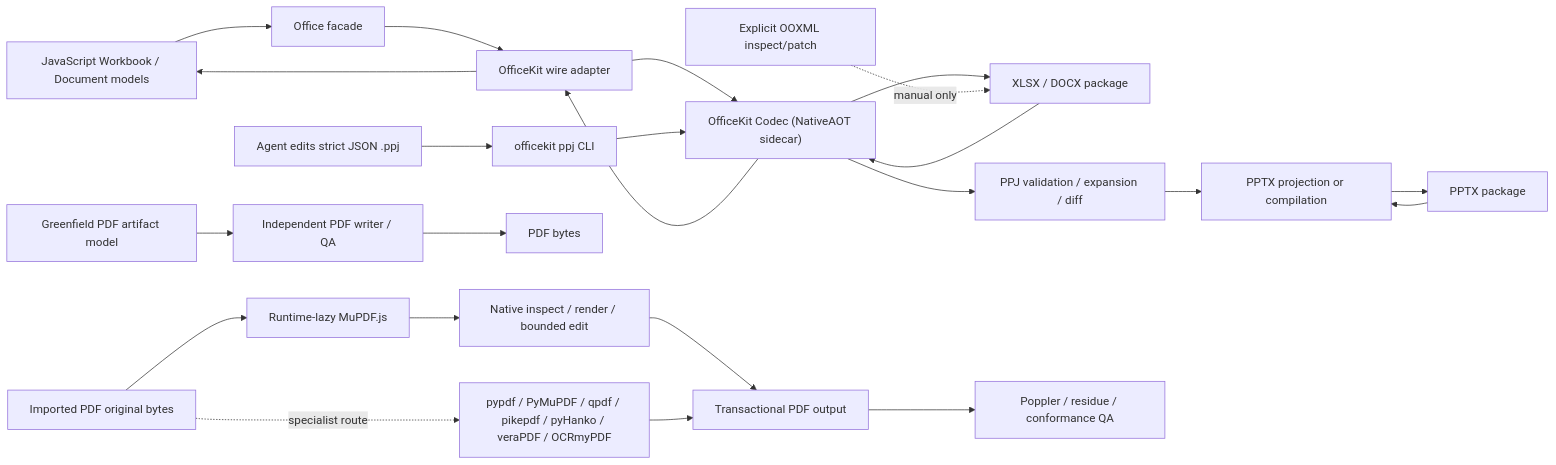
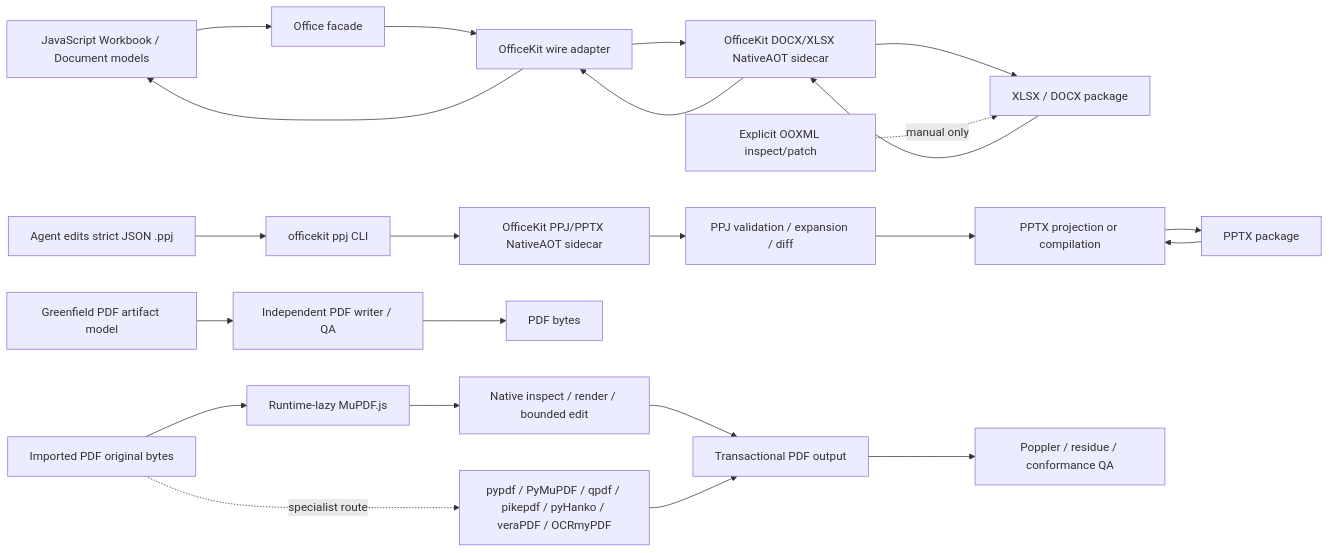
One commit to w31r4/OfficeKit changed the diagram in docs/reference-runtime-architecture.md. Above: the diagram before and after it, drawn with Mermaid. The commit also changed other lines of this file and 34 other files, not shown here.

Commit message:
refactor(native): split Office codec assemblies

````diff
--- a/docs/reference-runtime-architecture.md
+++ b/docs/reference-runtime-architecture.md
@@ -10,28 +10,28 @@
 ```mermaid
 flowchart LR
   A["JavaScript Workbook / Document models"] --> B["Office facade"]
   B --> C["OfficeKit wire adapter"]
-  C --> D["OfficeKit Codec (NativeAOT sidecar)"]
+  C --> D["OfficeKit DOCX/XLSX NativeAOT sidecar"]
   D --> E["XLSX / DOCX package"]
   E --> D
   D --> C
   C --> A
 
   J["Agent edits strict JSON .ppj"] --> K["officekit ppj CLI"]
-  K --> D
-  D --> L["PPJ validation / expansion / diff"]
+  K --> H["OfficeKit PPJ/PPTX NativeAOT sidecar"]
+  H --> L["PPJ validation / expansion / diff"]
   L --> M["PPTX projection or compilation"]
   M --> N["PPTX package"]
   N --> M
 
   P["Greenfield PDF artifact model"] --> Q["Independent PDF writer / QA"]
   Q --> R["PDF bytes"]
   S["Imported PDF original bytes"] --> T["Runtime-lazy MuPDF.js"]
   T --> U["Native inspect / render / bounded edit"]
   S -. "specialist route" .-> X["pypdf / PyMuPDF / qpdf / pikepdf / pyHanko / veraPDF / OCRmyPDF"]
   U --> V["Transactional PDF output"]
   X --> V
   V --> W["Poppler / residue / conformance QA"]
 
   I["Explicit OOXML inspect/patch"] -. "manual only" .-> E
 ```
````
